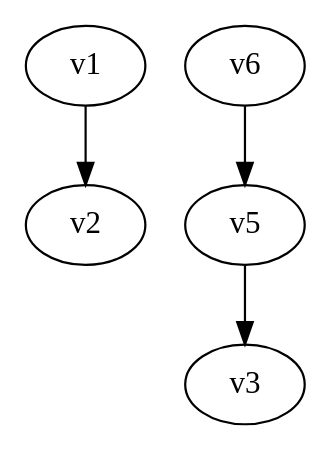
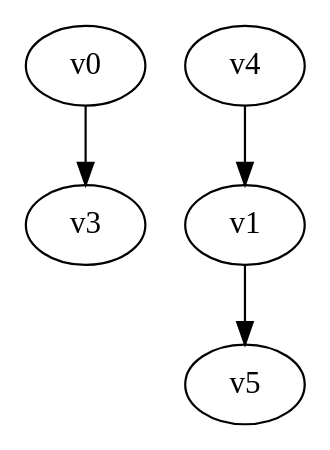
Before and after one commit to yadej/graph_project: the diagram in digraph.dot, drawn with Graphviz. The commit also changed 5 other files, not shown here.

```diff
--- a/digraph.dot
+++ b/digraph.dot
@@ -1,5 +1,5 @@
 digraph G { 
-v1 -> v2;
-v5 -> v3;
-v6 -> v5;
+v0 -> v3;
+v1 -> v5;
+v4 -> v1;
 }
```
